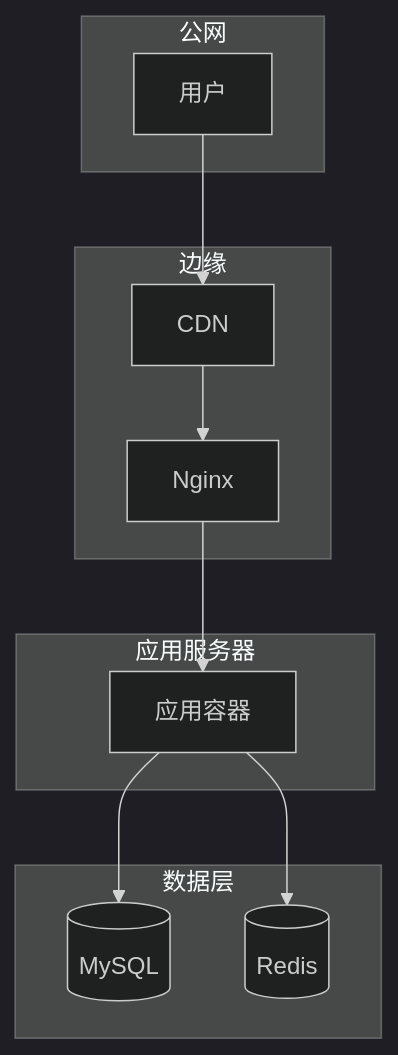
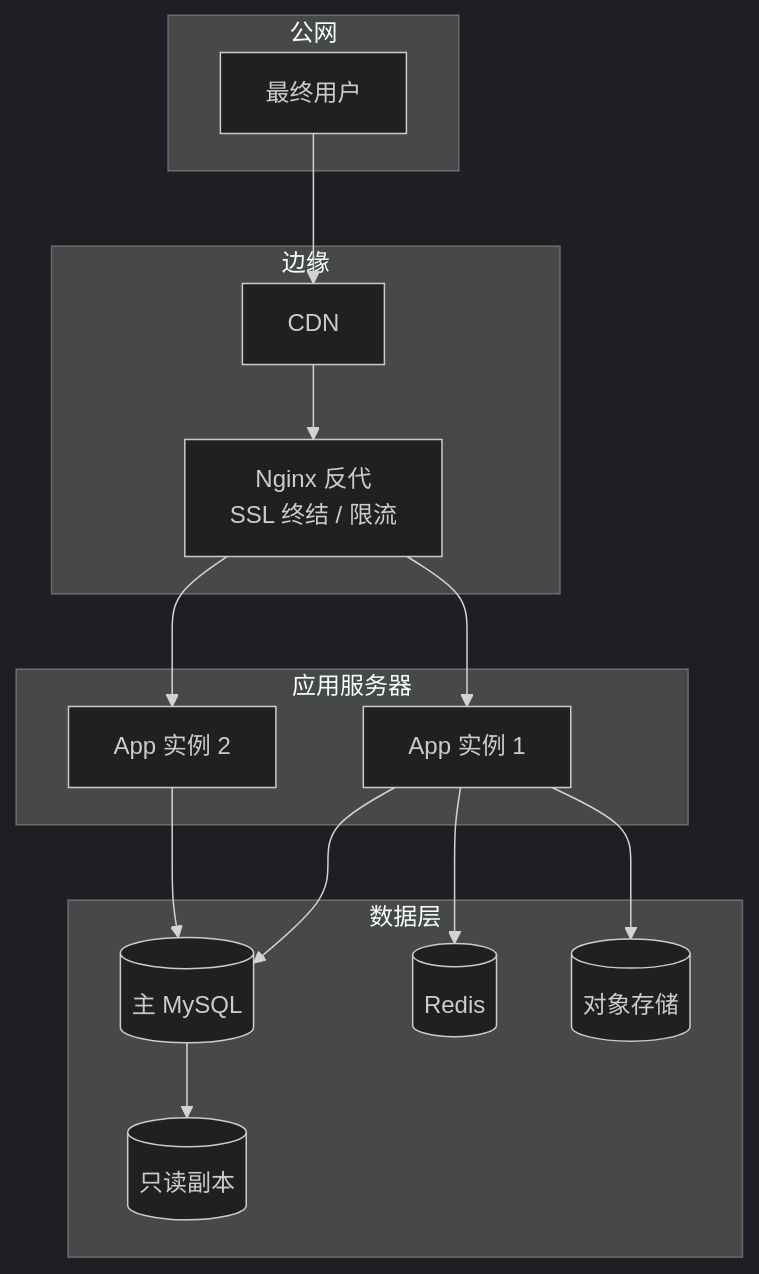
One commit to quanyu-ai/skills-repos changed the first of 2 diagrams in solution-design/templates/solution-structure/architecture/deployment.md. Above: the diagram before and after it, drawn with Mermaid (dark theme). The commit also changed other lines of this file and 17 other files, not shown here.

````diff
--- a/solution-design/templates/solution-structure/architecture/deployment.md
+++ b/solution-design/templates/solution-structure/architecture/deployment.md
@@ -5,20 +7,28 @@
 ```mermaid
 graph TB
     subgraph 公网
-        User[用户]
+        User[最终用户]
     end
     subgraph 边缘
         CDN[CDN]
-        Nginx[Nginx]
+        Nginx[Nginx 反代<br/>SSL 终结 / 限流]
     end
     subgraph 应用服务器
-        App[应用容器]
+        App1[App 实例 1]
+        App2[App 实例 2]
     end
     subgraph 数据层
-        DB[(MySQL)]
+        DB[(主 MySQL)]
+        DBR[(只读副本)]
         Cache[(Redis)]
+        OBS[(对象存储)]
     end
 
-    User --> CDN --> Nginx --> App --> DB
-    App --> Cache
+    User --> CDN --> Nginx --> App1
+    Nginx --> App2
+    App1 --> DB
+    App2 --> DB
+    App1 --> Cache
+    App1 --> OBS
+    DB --> DBR
 ```
````
